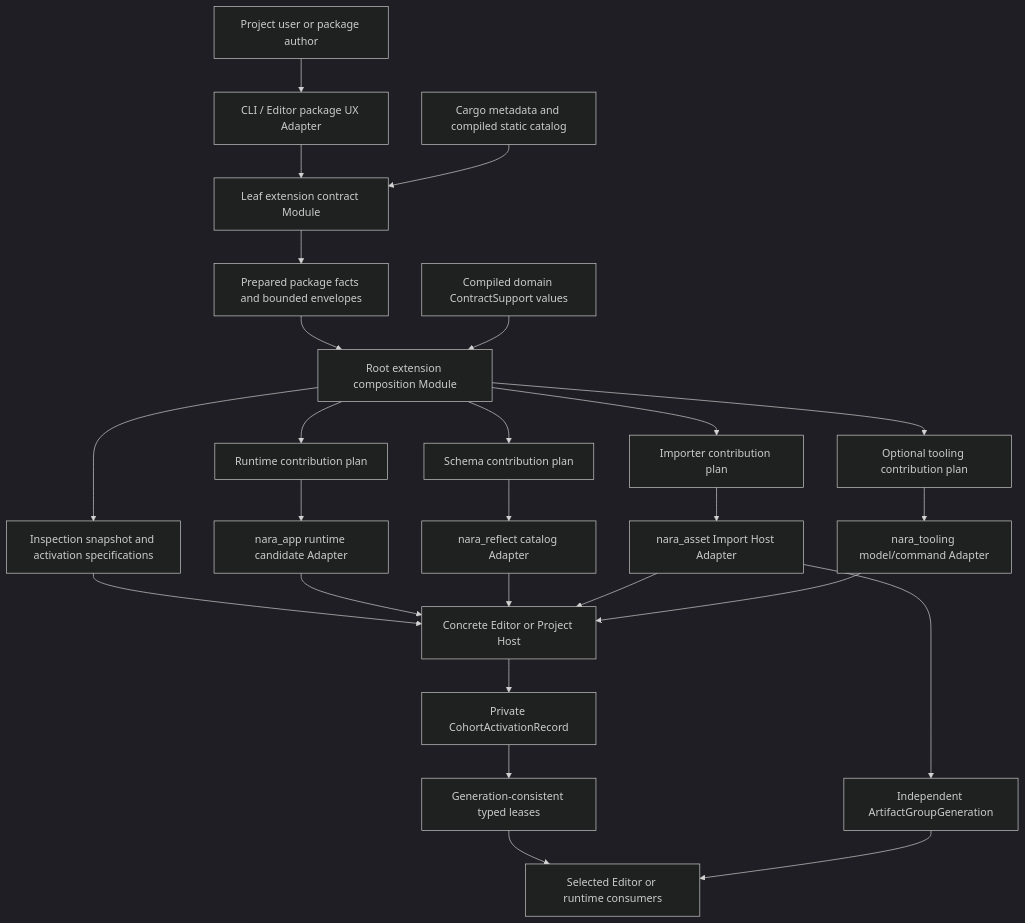
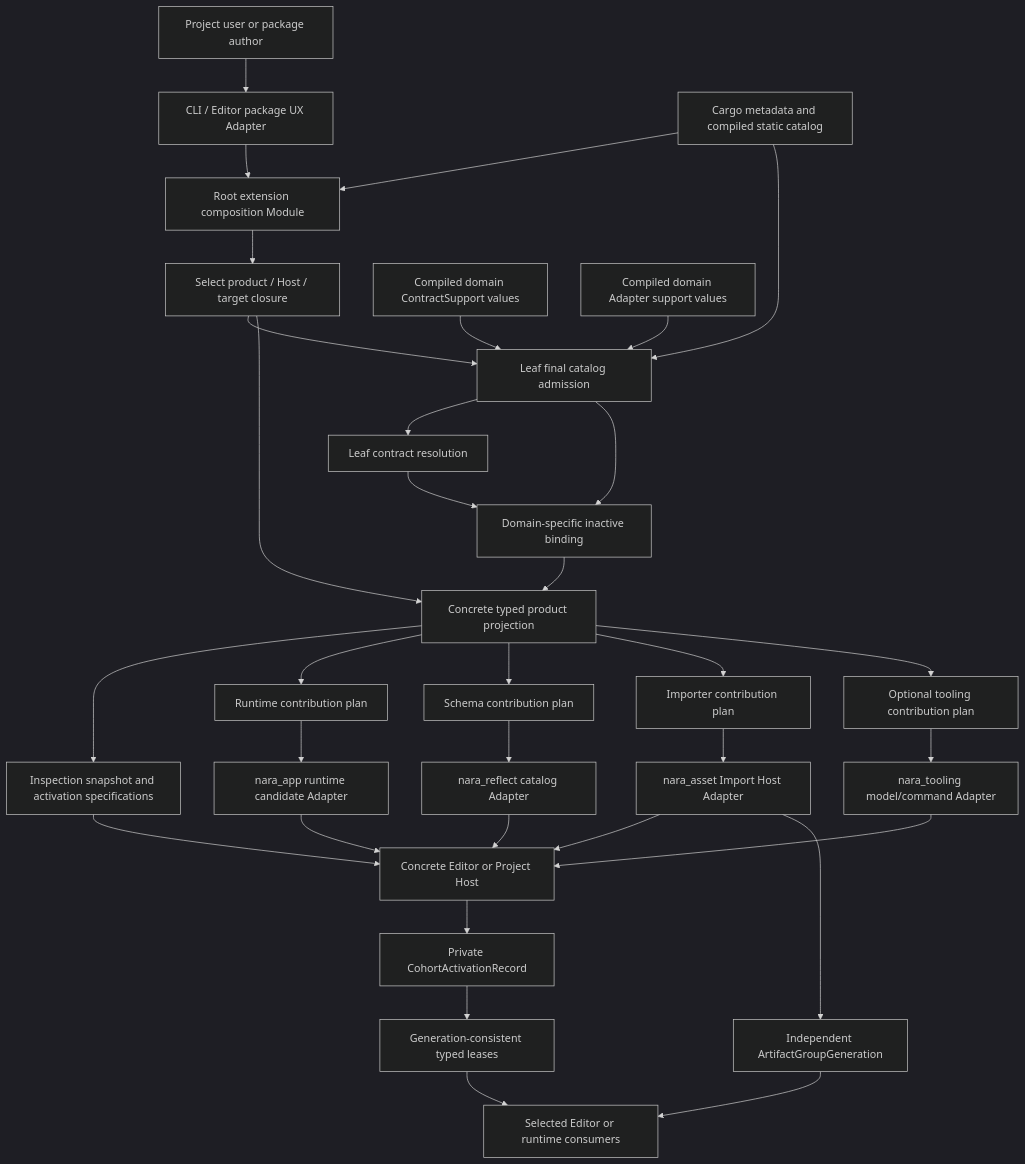
The second of 3 diagrams in docs/architecture/multi-role-extension-package-tracer-design.md (Latias94/nara), drawn with Mermaid (dark theme) before and after one commit. The commit also changed other lines of this file and 4 other files, not shown here.

First line of the commit message:
docs(architecture): define extension complexity firewall

````diff
--- a/docs/architecture/multi-role-extension-package-tracer-design.md
+++ b/docs/architecture/multi-role-extension-package-tracer-design.md
@@ -371,31 +371,38 @@
 ```mermaid
 flowchart TD
     User[Project user or package author] --> UX[CLI / Editor package UX Adapter]
-    UX --> Kernel[Leaf extension contract Module]
-    Cargo[Cargo metadata and compiled static catalog] --> Kernel
-    Kernel --> Prepared[Prepared package facts and bounded envelopes]
-    Prepared --> Compose[Root extension composition Module]
-    Support[Compiled domain ContractSupport values] --> Compose
+    UX --> Root[Root extension composition Module]
+    Cargo[Cargo metadata and compiled static catalog] --> Root
+    Root --> Selection[Select product / Host / target closure]
+    Selection --> Admission[Leaf final catalog admission]
+    Cargo --> Admission
+    ContractSupport[Compiled domain ContractSupport values] --> Admission
+    AdapterSupport[Compiled domain Adapter support values] --> Admission
+    Admission --> Resolve[Leaf contract resolution]
+    Resolve --> Bind[Domain-specific inactive binding]
+    Admission --> Bind
+    Bind --> Projection[Concrete typed product projection]
+    Selection --> Projection
 
-    Compose --> Common[Inspection snapshot and activation specifications]
-    Compose --> RuntimePlan[Runtime contribution plan]
-    Compose --> SchemaPlan[Schema contribution plan]
-    Compose --> ImportPlan[Importer contribution plan]
-    Compose --> ToolPlan[Optional tooling contribution plan]
+    Projection --> Common[Inspection snapshot and activation specifications]
+    Projection --> RuntimePlan[Runtime contribution plan]
+    Projection --> SchemaPlan[Schema contribution plan]
+    Projection --> ImportPlan[Importer contribution plan]
+    Projection --> ToolPlan[Optional tooling contribution plan]
 
     RuntimePlan --> App[nara_app runtime candidate Adapter]
     SchemaPlan --> Reflect[nara_reflect catalog Adapter]
     ImportPlan --> Asset[nara_asset Import Host Adapter]
     ToolPlan --> Tooling[nara_tooling model/command Adapter]
 
     Common --> Host[Concrete Editor or Project Host]
     App --> Host
     Reflect --> Host
     Asset --> Host
     Tooling --> Host
     Host --> Active[Private CohortActivationRecord]
     Active --> Leases[Generation-consistent typed leases]
     Leases --> Consumers[Selected Editor or runtime consumers]
     Asset --> Artifacts[Independent ArtifactGroupGeneration]
     Artifacts --> Consumers
 ```
````
